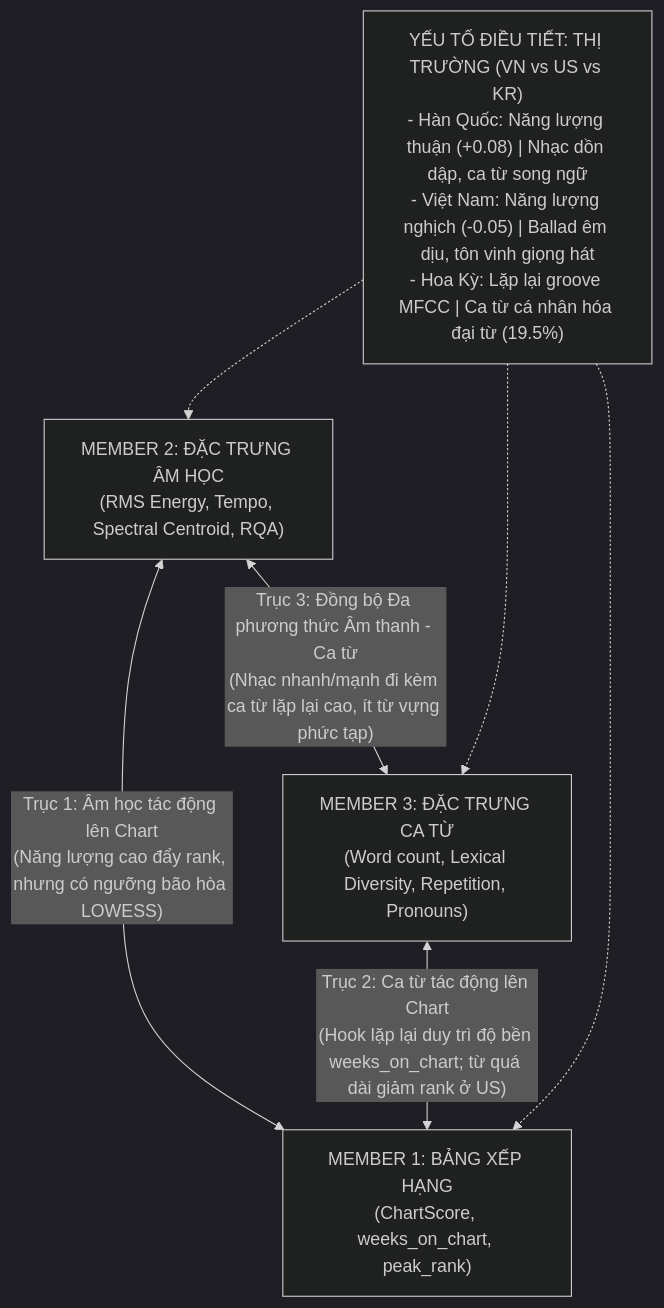
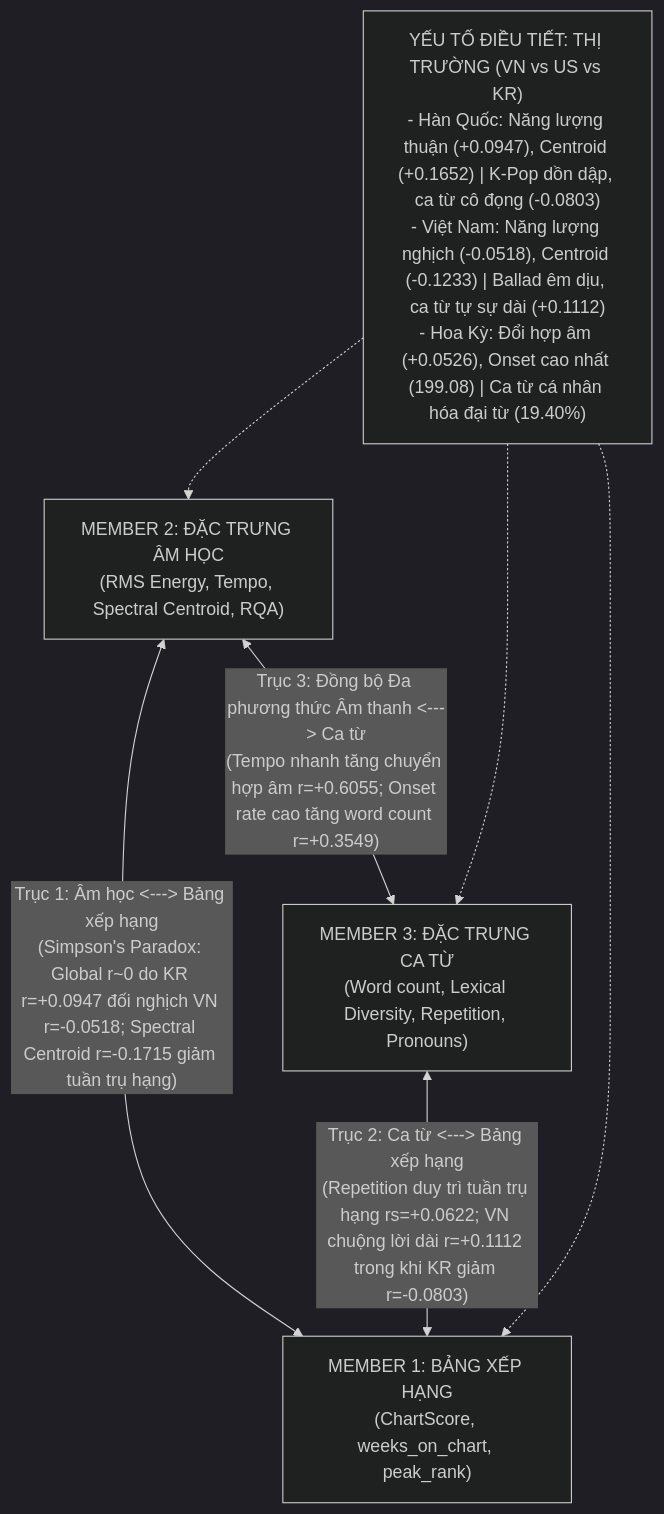
Before and after one commit to zoeisflying/music-chart-performance-analysis: the second of 2 diagrams in docs/member4_integrated_eda_master_report.md, drawn with Mermaid (dark theme). The commit also changed other lines of this file and 4 other files, not shown here.

````diff
--- a/docs/member4_integrated_eda_master_report.md
+++ b/docs/member4_integrated_eda_master_report.md
@@ -108,16 +108,16 @@
 ```mermaid
 flowchart TD
     M1_Chart["MEMBER 1: BẢNG XẾP HẠNG\n(ChartScore, weeks_on_chart, peak_rank)"]
     M2_Audio["MEMBER 2: ĐẶC TRƯNG ÂM HỌC\n(RMS Energy, Tempo, Spectral Centroid, RQA)"]
     M3_Lyrics["MEMBER 3: ĐẶC TRƯNG CA TỪ\n(Word count, Lexical Diversity, Repetition, Pronouns)"]
 
-    M2_Audio <-- "Trục 1: Âm học tác động lên Chart\n(Năng lượng cao đẩy rank, nhưng có ngưỡng bão hòa LOWESS)" --> M1_Chart
-    M3_Lyrics <-- "Trục 2: Ca từ tác động lên Chart\n(Hook lặp lại duy trì độ bền weeks_on_chart; từ quá dài giảm rank ở US)" --> M1_Chart
-    M2_Audio <-- "Trục 3: Đồng bộ Đa phương thức Âm thanh - Ca từ\n(Nhạc nhanh/mạnh đi kèm ca từ lặp lại cao, ít từ vựng phức tạp)" --> M3_Lyrics
+    M2_Audio <-- "Trục 1: Âm học <---> Bảng xếp hạng\n(Simpson's Paradox: Global r~0 do KR r=+0.0947 đối nghịch VN r=-0.0518; Spectral Centroid r=-0.1715 giảm tuần trụ hạng)" --> M1_Chart
+    M3_Lyrics <-- "Trục 2: Ca từ <---> Bảng xếp hạng\n(Repetition duy trì tuần trụ hạng rs=+0.0622; VN chuộng lời dài r=+0.1112 trong khi KR giảm r=-0.0803)" --> M1_Chart
+    M2_Audio <-- "Trục 3: Đồng bộ Đa phương thức Âm thanh <---> Ca từ\n(Tempo nhanh tăng chuyển hợp âm r=+0.6055; Onset rate cao tăng word count r=+0.3549)" --> M3_Lyrics
 
-    Market["YẾU TỐ ĐIỀU TIẾT: THỊ TRƯỜNG (VN vs US vs KR)\n- Hàn Quốc: Năng lượng thuận (+0.08) | Nhạc dồn dập, ca từ song ngữ\n- Việt Nam: Năng lượng nghịch (-0.05) | Ballad êm dịu, tôn vinh giọng hát\n- Hoa Kỳ: Lặp lại groove MFCC | Ca từ cá nhân hóa đại từ (19.5%)"]
+    Market["YẾU TỐ ĐIỀU TIẾT: THỊ TRƯỜNG (VN vs US vs KR)\n- Hàn Quốc: Năng lượng thuận (+0.0947), Centroid (+0.1652) | K-Pop dồn dập, ca từ cô đọng (-0.0803)\n- Việt Nam: Năng lượng nghịch (-0.0518), Centroid (-0.1233) | Ballad êm dịu, ca từ tự sự dài (+0.1112)\n- Hoa Kỳ: Đổi hợp âm (+0.0526), Onset cao nhất (199.08) | Ca từ cá nhân hóa đại từ (19.40%)"]
     
     Market -.-> M1_Chart
     Market -.-> M2_Audio
     Market -.-> M3_Lyrics
 ```
````
